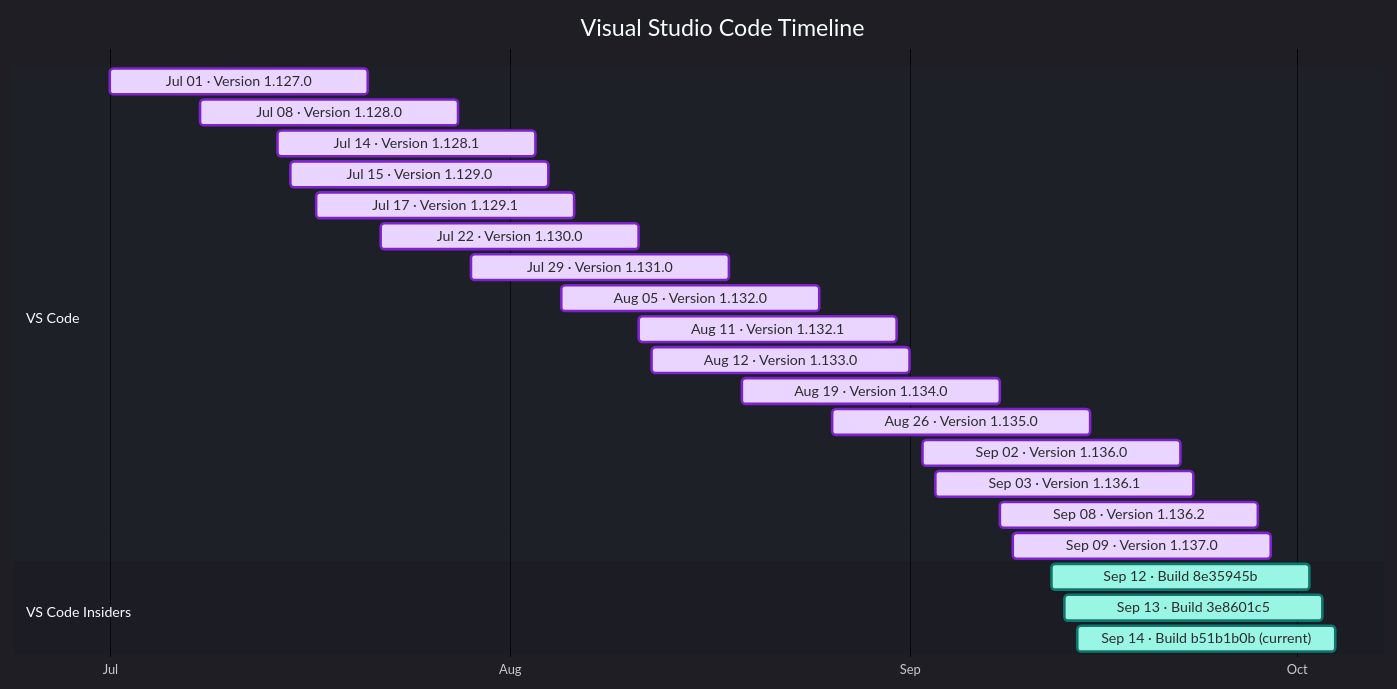
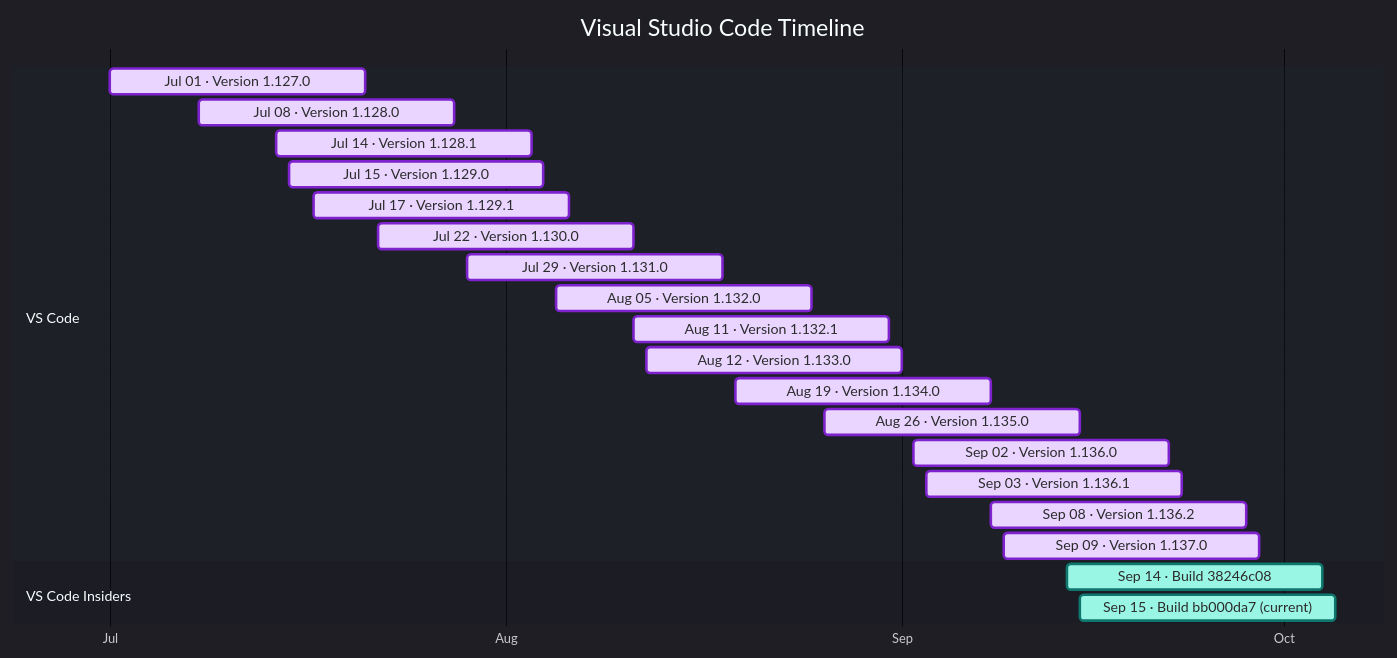
The diagram in docs/vscode.md (Oxelya-DevTools/VisualStudioUpdate), drawn with Mermaid before and after one commit. The commit also changed other lines of this file and 1 other file, not shown here.

````diff
--- a/docs/vscode.md
+++ b/docs/vscode.md
@@ -9,29 +9,28 @@
 ```mermaid
 %%{init: {'theme':'dark','themeVariables': { 'fontFamily': 'Segoe UI', 'fontSize': '24px', 'textColor': '#F3F4F6', 'titleTextColor': '#FFFFFF', 'taskTextColor': '#111827', 'taskTextLightColor': '#111827', 'taskTextOutsideColor': '#F3F4F6', 'taskBkgColor': '#BAE6FD', 'taskBorderColor': '#0369A1', 'doneTaskBkgColor': '#E9D5FF', 'doneTaskBorderColor': '#7E22CE', 'activeTaskBkgColor': '#99F6E4', 'activeTaskBorderColor': '#0F766E', 'critTaskBkgColor': '#FED7AA', 'critTaskBorderColor': '#C2410C', 'sectionBkgColor': '#1F2937', 'altSectionBkgColor': '#111827', 'gridColor': '#4B5563', 'todayLineColor': '#F87171' }}}%%
 gantt
     title Visual Studio Code Timeline
     dateFormat  YYYY-MM-DD
     axisFormat  %b
     tickInterval 1month
     section VS Code
     Jul 01 · Version 1.127.0 : done, vscode202607010, 2026-07-01, 20d
     Jul 08 · Version 1.128.0 : done, vscode202607081, 2026-07-08, 20d
     Jul 14 · Version 1.128.1 : done, vscode202607142, 2026-07-14, 20d
     Jul 15 · Version 1.129.0 : done, vscode202607153, 2026-07-15, 20d
     Jul 17 · Version 1.129.1 : done, vscode202607174, 2026-07-17, 20d
     Jul 22 · Version 1.130.0 : done, vscode202607225, 2026-07-22, 20d
     Jul 29 · Version 1.131.0 : done, vscode202607296, 2026-07-29, 20d
     Aug 05 · Version 1.132.0 : done, vscode202608057, 2026-08-05, 20d
     Aug 11 · Version 1.132.1 : done, vscode202608118, 2026-08-11, 20d
     Aug 12 · Version 1.133.0 : done, vscode202608129, 2026-08-12, 20d
     Aug 19 · Version 1.134.0 : done, vscode2026081910, 2026-08-19, 20d
     Aug 26 · Version 1.135.0 : done, vscode2026082611, 2026-08-26, 20d
     Sep 02 · Version 1.136.0 : done, vscode2026090212, 2026-09-02, 20d
     Sep 03 · Version 1.136.1 : done, vscode2026090313, 2026-09-03, 20d
     Sep 08 · Version 1.136.2 : done, vscode2026090814, 2026-09-08, 20d
     Sep 09 · Version 1.137.0 : done, vscode2026090915, 2026-09-09, 20d
     section VS Code Insiders
-    Sep 12 · Build 8e35945b : active, vscodeinsiders202609120, 2026-09-12, 20d
-    Sep 13 · Build 3e8601c5 : active, vscodeinsiders202609131, 2026-09-13, 20d
-    Sep 14 · Build b51b1b0b (current) : active, vscodeinsiders202609142, 2026-09-14, 20d
+    Sep 14 · Build 38246c08 : active, vscodeinsiders202609140, 2026-09-14, 20d
+    Sep 15 · Build bb000da7 (current) : active, vscodeinsiders202609151, 2026-09-15, 20d
 ```
````
